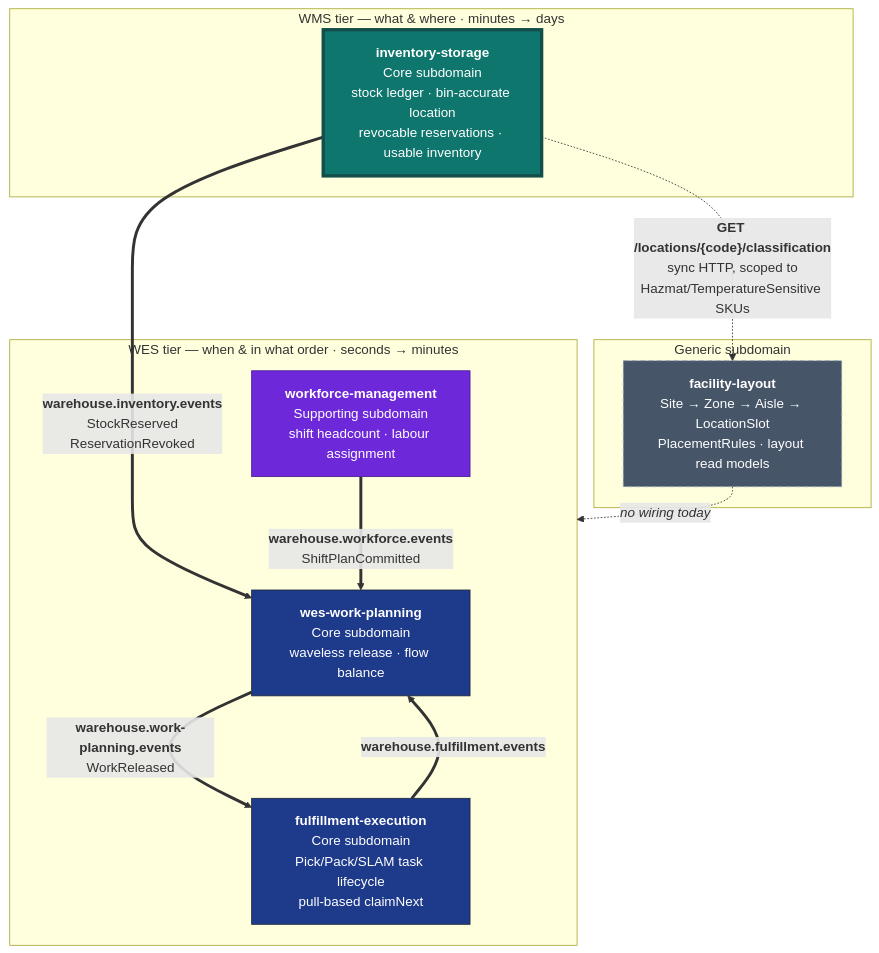
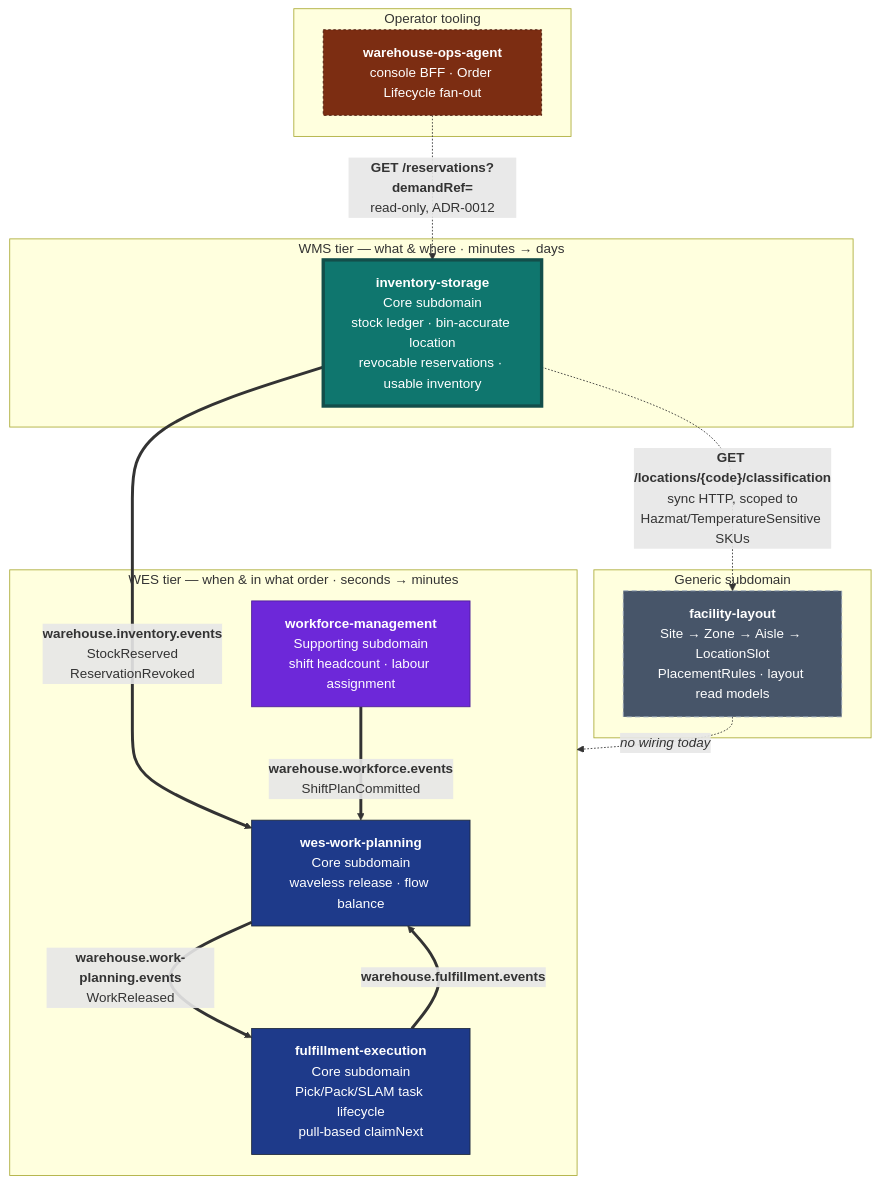
Before and after one commit to claudioed/inventory-storage: the diagram in docs/docs/ecosystem/context-map.md, drawn with Mermaid. The commit also changed other lines of this file and 3 other files, not shown here.

First line of the commit message:
docs(adr): ADR-0012 -- adopt fleet MFE console architecture (ADR-0002)

````diff
--- a/docs/docs/ecosystem/context-map.md
+++ b/docs/docs/ecosystem/context-map.md
@@ -15,32 +15,39 @@
 ```mermaid
 flowchart TB
     subgraph WMS["WMS tier — what &amp; where · minutes → days"]
         INV["<b>inventory-storage</b><br/>Core subdomain<br/>stock ledger · bin-accurate location<br/>revocable reservations · usable inventory"]
     end
 
     subgraph WES["WES tier — when &amp; in what order · seconds → minutes"]
         WP["<b>wes-work-planning</b><br/>Core subdomain<br/>waveless release · flow balance"]
         FE["<b>fulfillment-execution</b><br/>Core subdomain<br/>Pick/Pack/SLAM task lifecycle<br/>pull-based claimNext"]
         WM["<b>workforce-management</b><br/>Supporting subdomain<br/>shift headcount · labour assignment"]
     end
 
     subgraph GENERIC["Generic subdomain"]
         FL["<b>facility-layout</b><br/>Site → Zone → Aisle → LocationSlot<br/>PlacementRules · layout read models"]
     end
 
+    subgraph OPS["Operator tooling"]
+        OA["<b>warehouse-ops-agent</b><br/>console BFF · Order Lifecycle fan-out"]
+    end
+
     INV ==>|"<b>warehouse.inventory.events</b><br/>StockReserved<br/>ReservationRevoked"| WP
     WM ==>|"<b>warehouse.workforce.events</b><br/>ShiftPlanCommitted"| WP
     WP ==>|"<b>warehouse.work-planning.events</b><br/>WorkReleased"| FE
     FE ==>|"<b>warehouse.fulfillment.events</b>"| WP
     INV -.->|"<b>GET /locations/{code}/classification</b><br/>sync HTTP, scoped to<br/>Hazmat/TemperatureSensitive SKUs"| FL
     FL -.->|"<i>no wiring today</i>"| WES
+    OA -.->|"<b>GET /reservations?demandRef=</b><br/>read-only, ADR-0012"| INV
 
     classDef this fill:#0f766e,stroke:#134e4a,color:#fff,stroke-width:4px;
     classDef core fill:#1e3a8a,stroke:#1e293b,color:#fff;
     classDef supp fill:#6d28d9,stroke:#4c1d95,color:#fff;
     classDef gen fill:#475569,stroke:#94a3b8,color:#fff,stroke-dasharray: 6 4;
+    classDef ops fill:#7c2d12,stroke:#431407,color:#fff,stroke-dasharray: 3 3;
     class INV this;
     class WP,FE core;
     class WM supp;
     class FL gen;
+    class OA ops;
 ```
````
